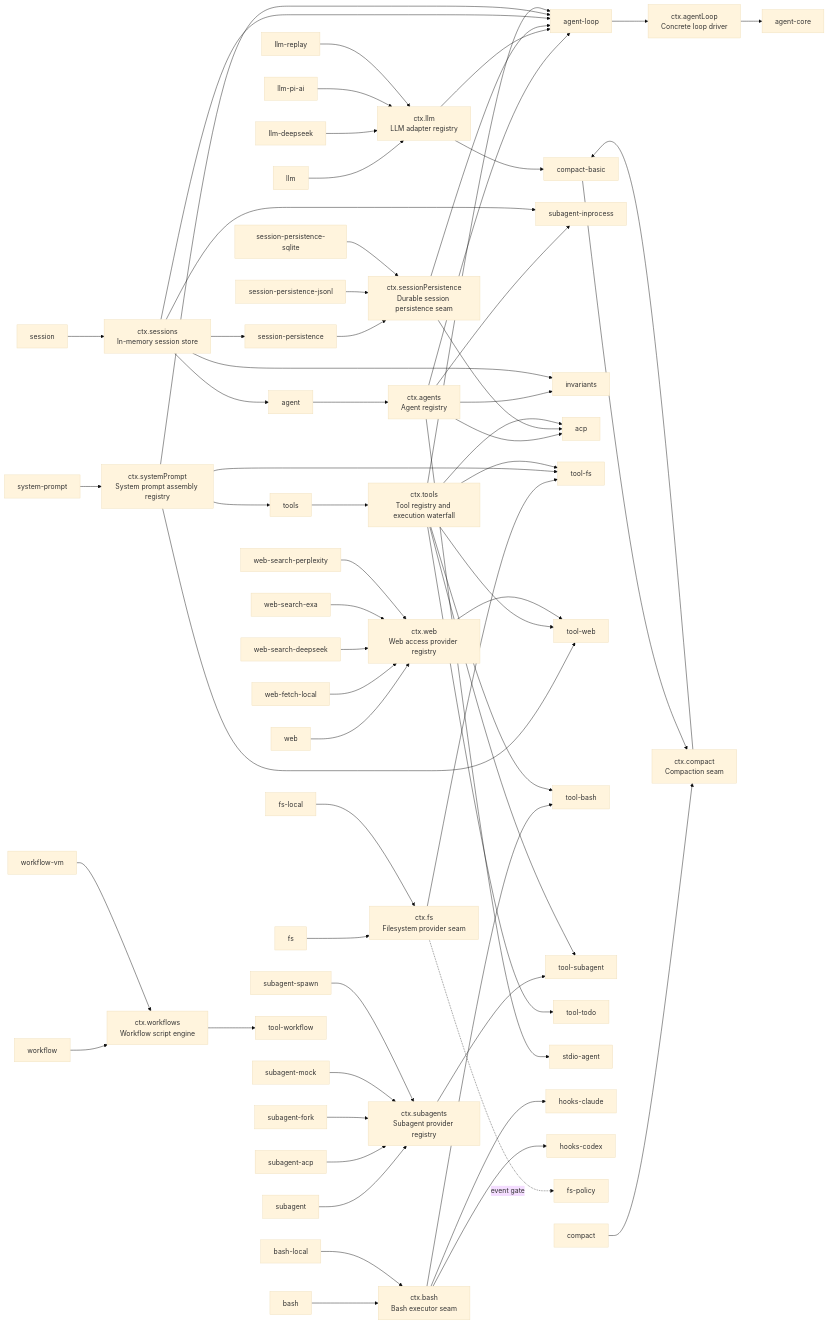
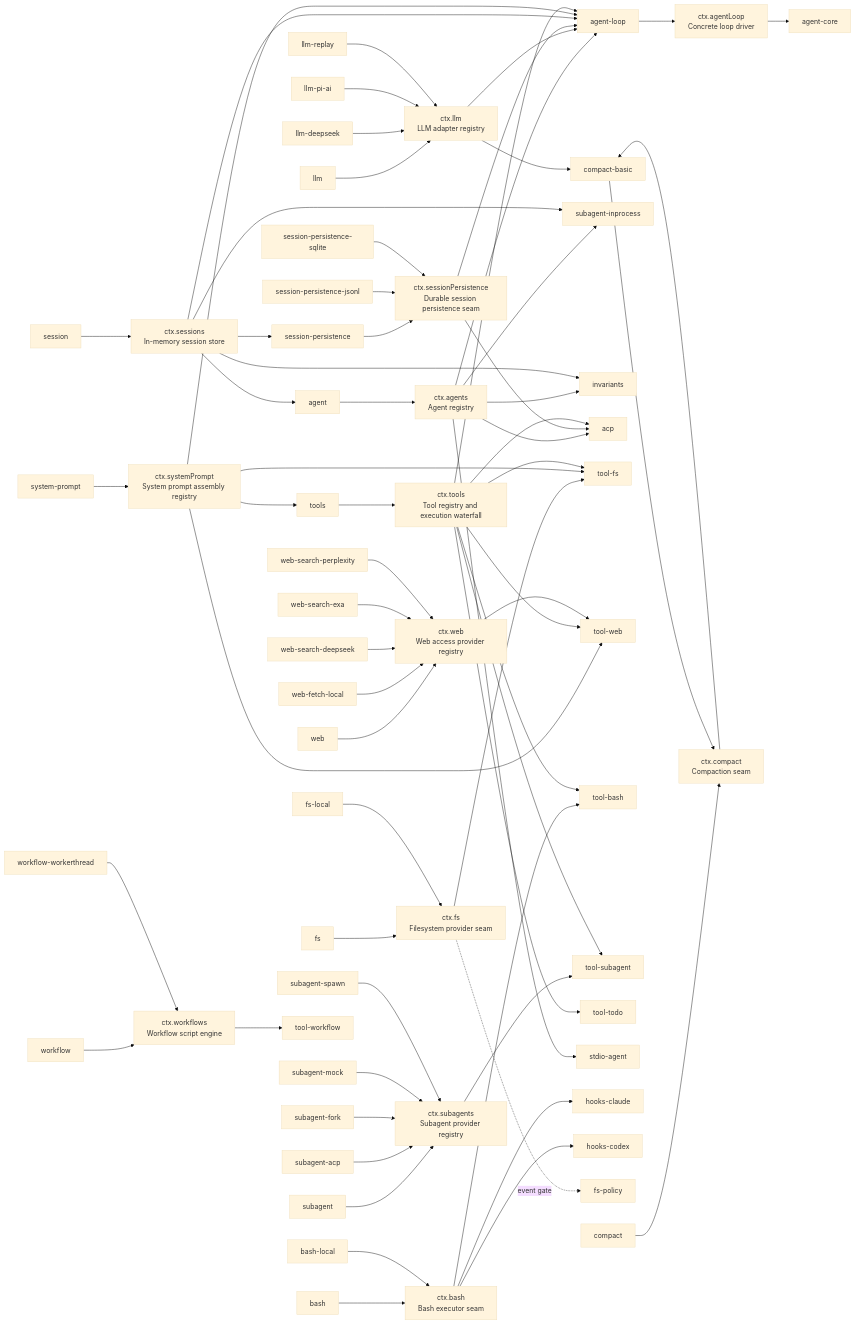
Before and after one commit to 007M7/DeepCode: the diagram in docs/capability-seams.md, drawn with Mermaid (base theme). The commit also changed other lines of this file and 42 other files, not shown here.

First line of the commit message:
workflow: rename dsh-workflow-vm to dsh-workflow-workerthread

```diff
--- a/docs/capability-seams.md
+++ b/docs/capability-seams.md
@@ -62,7 +62,7 @@
   pkg_web_fetch_local["web-fetch-local"]
   pkg_workflow["workflow"]
   svc_workflows["ctx.workflows<br/>Workflow script engine"]
-  pkg_workflow_vm["workflow-vm"]
+  pkg_workflow_workerthread["workflow-workerthread"]
   pkg_tool_workflow["tool-workflow"]
   pkg_agent --> svc_agents
   pkg_agent_loop --> svc_agentLoop
@@ -93,7 +93,7 @@
   pkg_web_search_exa --> svc_web
   pkg_web_search_perplexity --> svc_web
   pkg_workflow --> svc_workflows
-  pkg_workflow_vm --> svc_workflows
+  pkg_workflow_workerthread --> svc_workflows
   svc_agentLoop --> pkg_agent_core
   svc_agents --> pkg_acp
   svc_agents --> pkg_agent_loop
```
